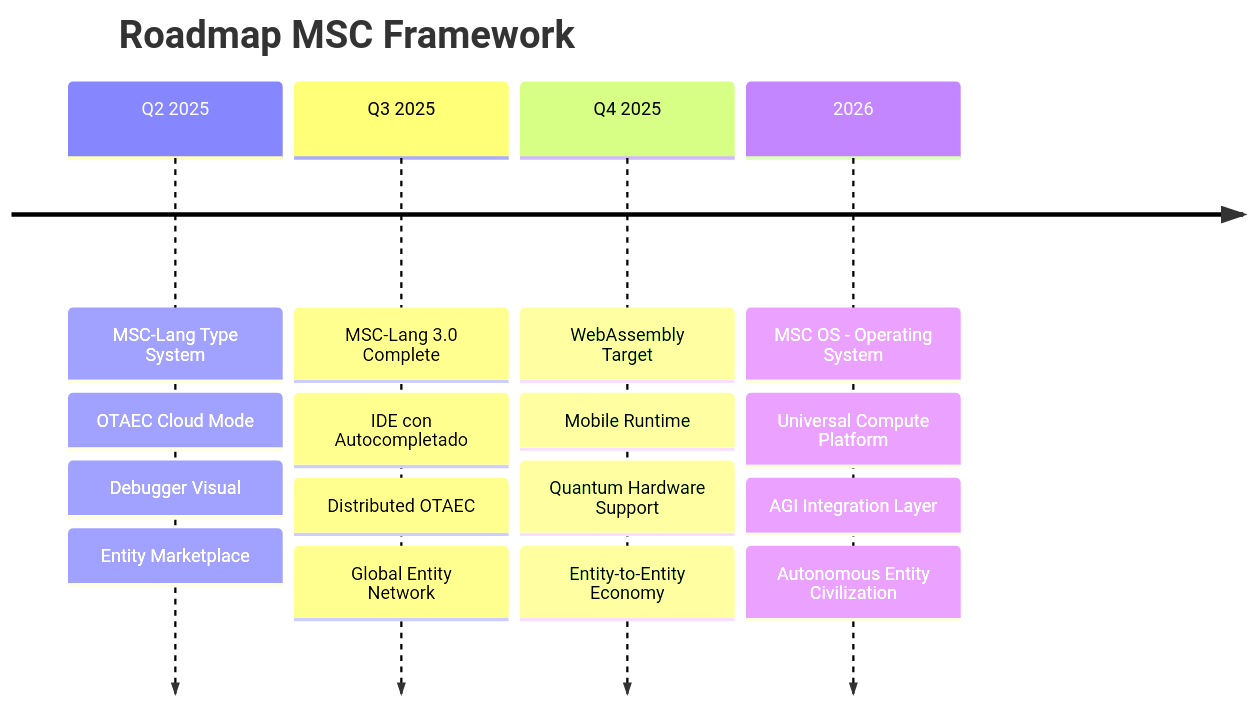
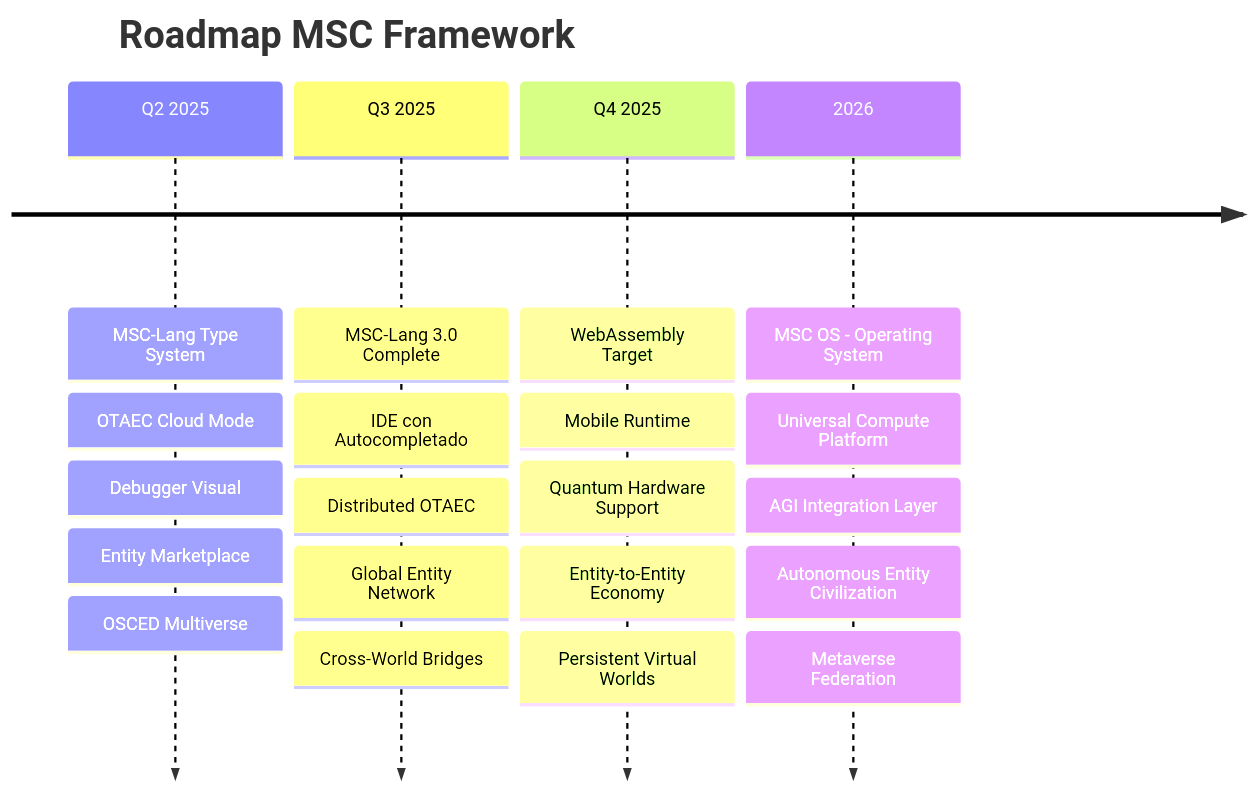
Before and after one commit to esraderey/synth-msc: the second of 2 diagrams in README.md, drawn with Mermaid. The commit also changed other lines of this file, not shown here.

````diff
--- a/README.md
+++ b/README.md
@@ -1664,24 +1987,28 @@
 ```mermaid
 timeline
     title Roadmap MSC Framework
     
     Q2 2025 : MSC-Lang Type System
             : OTAEC Cloud Mode
             : Debugger Visual
             : Entity Marketplace
+            : OSCED Multiverse
     
     Q3 2025 : MSC-Lang 3.0 Complete
             : IDE con Autocompletado
             : Distributed OTAEC
             : Global Entity Network
+            : Cross-World Bridges
     
     Q4 2025 : WebAssembly Target
             : Mobile Runtime
             : Quantum Hardware Support
             : Entity-to-Entity Economy
+            : Persistent Virtual Worlds
     
     2026    : MSC OS - Operating System
             : Universal Compute Platform
             : AGI Integration Layer
             : Autonomous Entity Civilization
+            : Metaverse Federation
 ```
````
